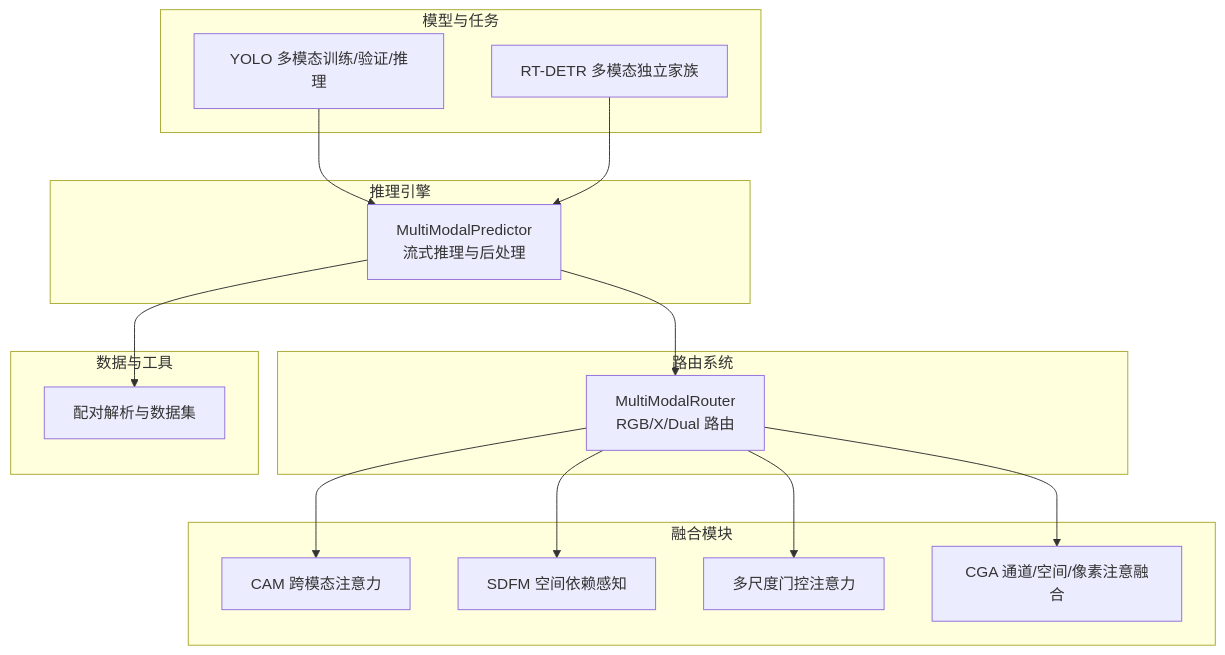
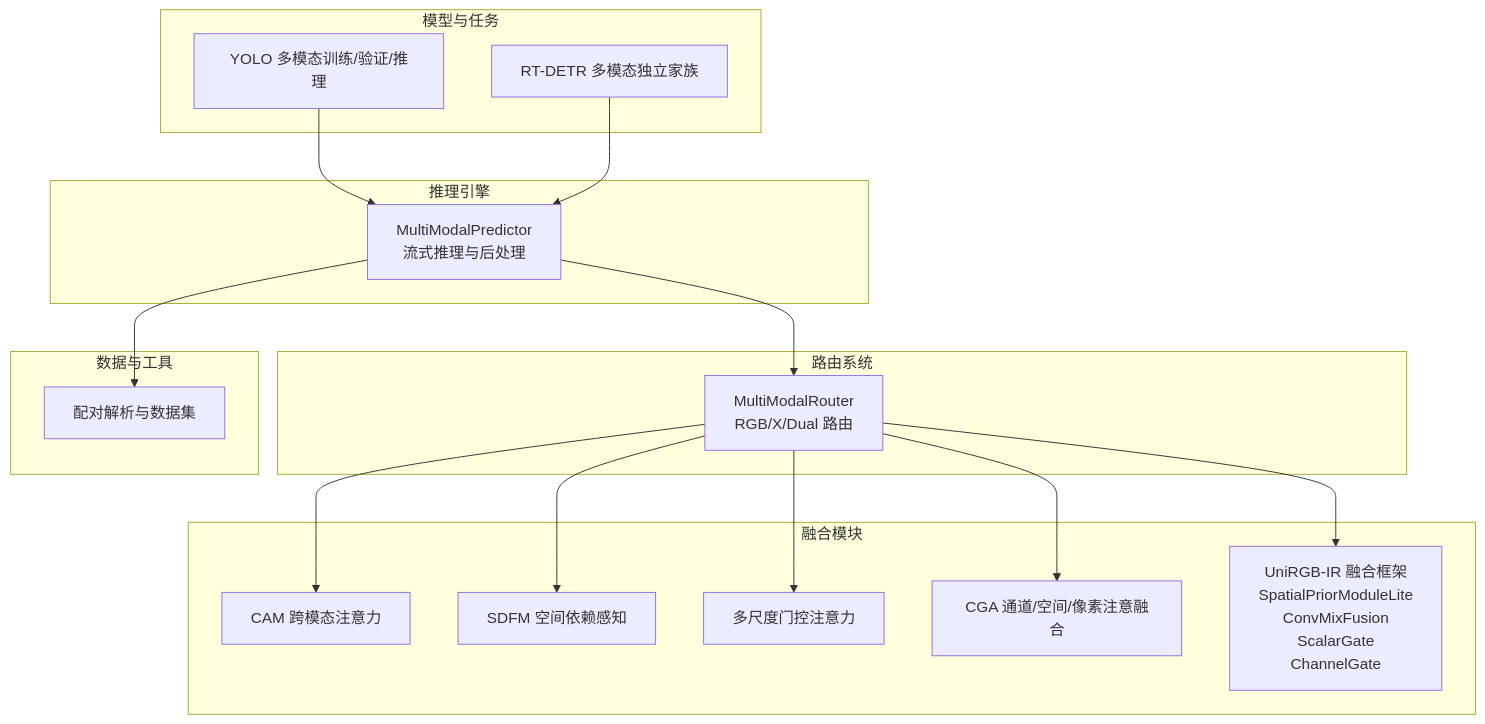
One commit to 2208754827/MM-IMPROVE changed the first of 3 diagrams in .qoder/repowiki/zh/content/特征融合策略/特征融合策略.md. Above: the diagram before and after it, drawn with Mermaid. The commit also changed other lines of this file and 202 other files, not shown here.

````diff
--- a/.qoder/repowiki/zh/content/特征融合策略/特征融合策略.md
+++ b/.qoder/repowiki/zh/content/特征融合策略/特征融合策略.md
@@ -41,30 +48,32 @@
 ```mermaid
 graph TB
 subgraph "模型与任务"
 YOLOMM["YOLO 多模态训练/验证/推理"]
 RTDETRMM["RT-DETR 多模态独立家族"]
 end
 subgraph "推理引擎"
 Pred["MultiModalPredictor<br/>流式推理与后处理"]
 end
 subgraph "路由系统"
 Router["MultiModalRouter<br/>RGB/X/Dual 路由"]
 end
 subgraph "融合模块"
 CAM["CAM 跨模态注意力"]
 SDFM["SDFM 空间依赖感知"]
 MSGA["多尺度门控注意力"]
 CGA["CGA 通道/空间/像素注意融合"]
+UNI["UniRGB-IR 融合框架<br/>SpatialPriorModuleLite<br/>ConvMixFusion<br/>ScalarGate<br/>ChannelGate"]
 end
 subgraph "数据与工具"
 Pairing["配对解析与数据集"]
 end
 YOLOMM --> Pred
 RTDETRMM --> Pred
 Pred --> Router
 Router --> CAM
 Router --> SDFM
 Router --> MSGA
 Router --> CGA
+Router --> UNI
 Pred --> Pairing
 ```
````
